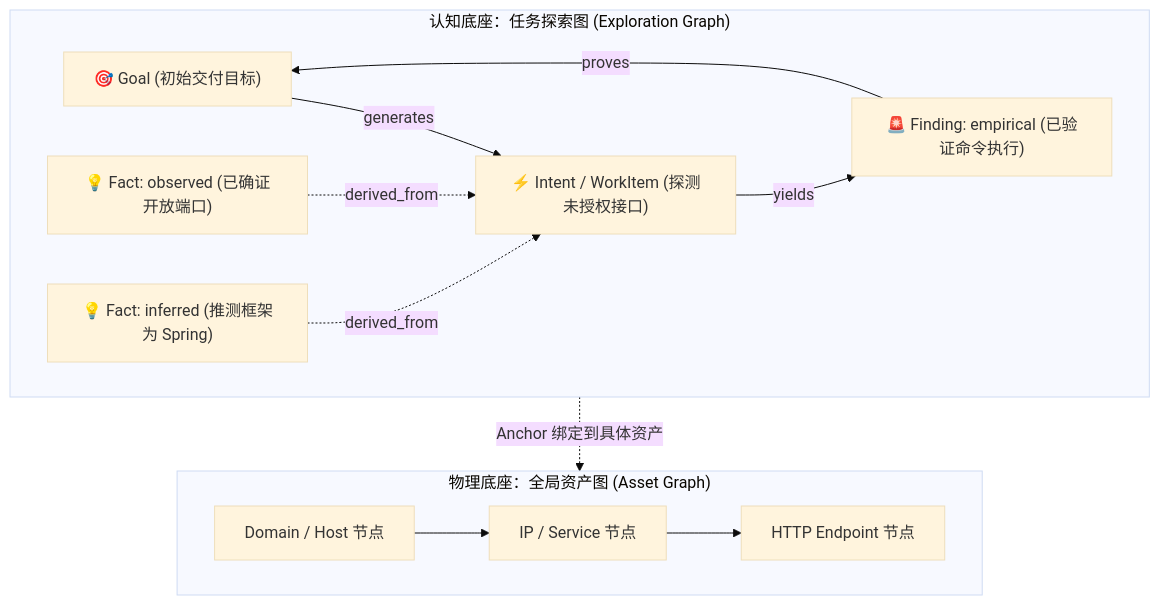
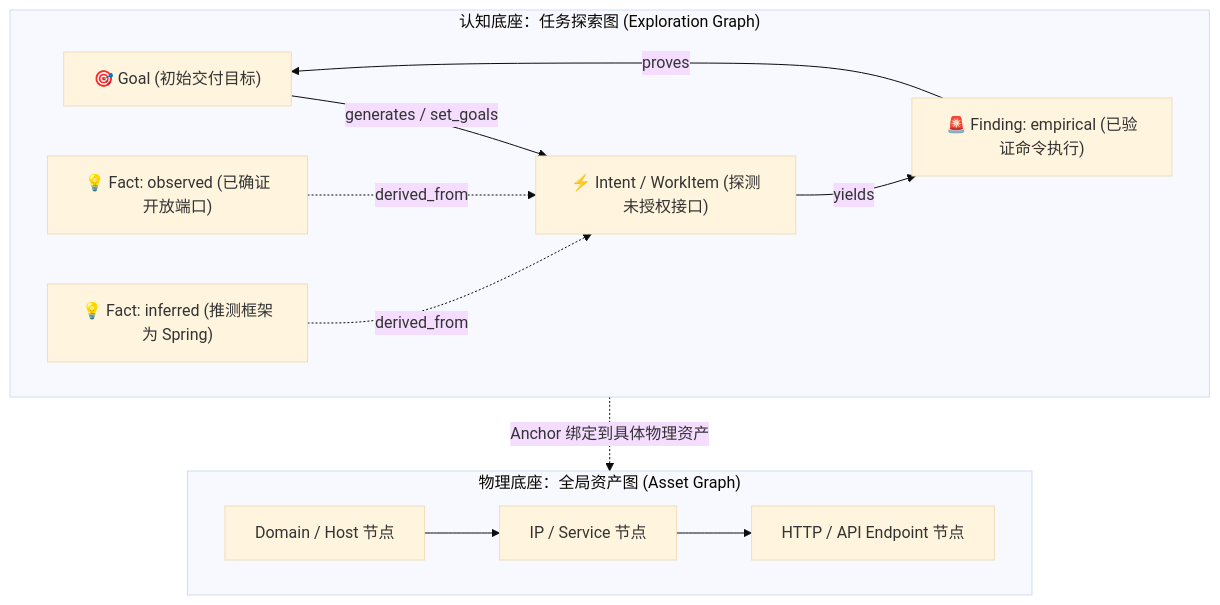
The first of 5 diagrams in docs/技术分享-自主攻防Agent核心架构与工程落地.md (KazdelPotatoLover/oh-my-offensive-agent), drawn with Mermaid (base theme) before and after one commit. The commit also changed other lines of this file and 42 other files, not shown here.

````diff
--- a/docs/技术分享-自主攻防Agent核心架构与工程落地.md
+++ b/docs/技术分享-自主攻防Agent核心架构与工程落地.md
@@ -32,25 +32,25 @@
 ```mermaid
 flowchart TD
     subgraph AssetGraph ["物理底座：全局资产图 (Asset Graph)"]
         Domain["Domain / Host 节点"]
         IP["IP / Service 节点"]
-        Endpoint["HTTP Endpoint 节点"]
+        Endpoint["HTTP / API Endpoint 节点"]
         Domain --> IP --> Endpoint
     end
 
     subgraph ExplorationGraph ["认知底座：任务探索图 (Exploration Graph)"]
         Goal["🎯 Goal (初始交付目标)"]
         Fact1["💡 Fact: observed (已确证开放端口)"]
         Fact2["💡 Fact: inferred (推测框架为 Spring)"]
         Intent1["⚡ Intent / WorkItem (探测未授权接口)"]
         Finding["🚨 Finding: empirical (已验证命令执行)"]
 
-        Goal -->|generates| Intent1
+        Goal -->|generates / set_goals| Intent1
         Fact1 -.->|derived_from| Intent1
         Fact2 -.->|derived_from| Intent1
         Intent1 -->|yields| Finding
         Finding -->|proves| Goal
     end
 
-    ExplorationGraph -.->|Anchor 绑定到具体资产| AssetGraph
+    ExplorationGraph -.->|Anchor 绑定到具体物理资产| AssetGraph
 ```
````
